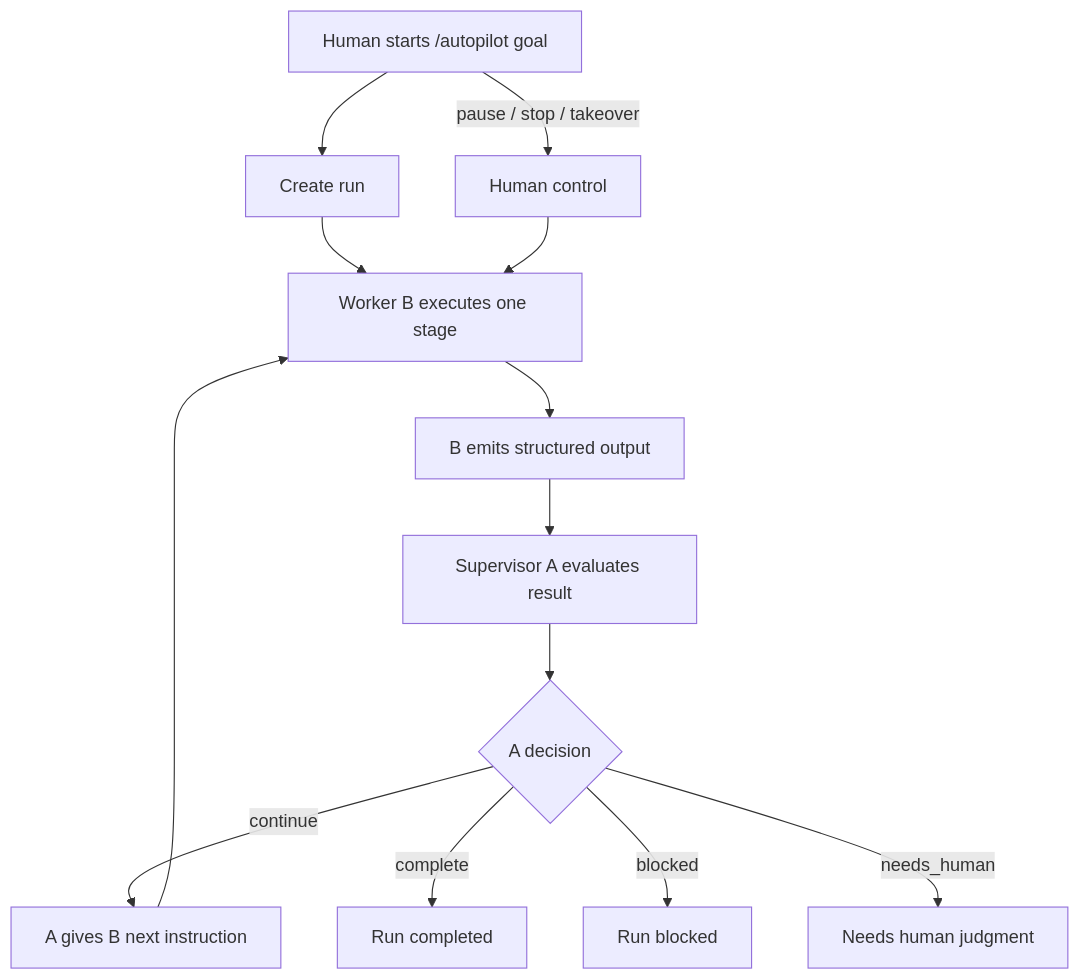
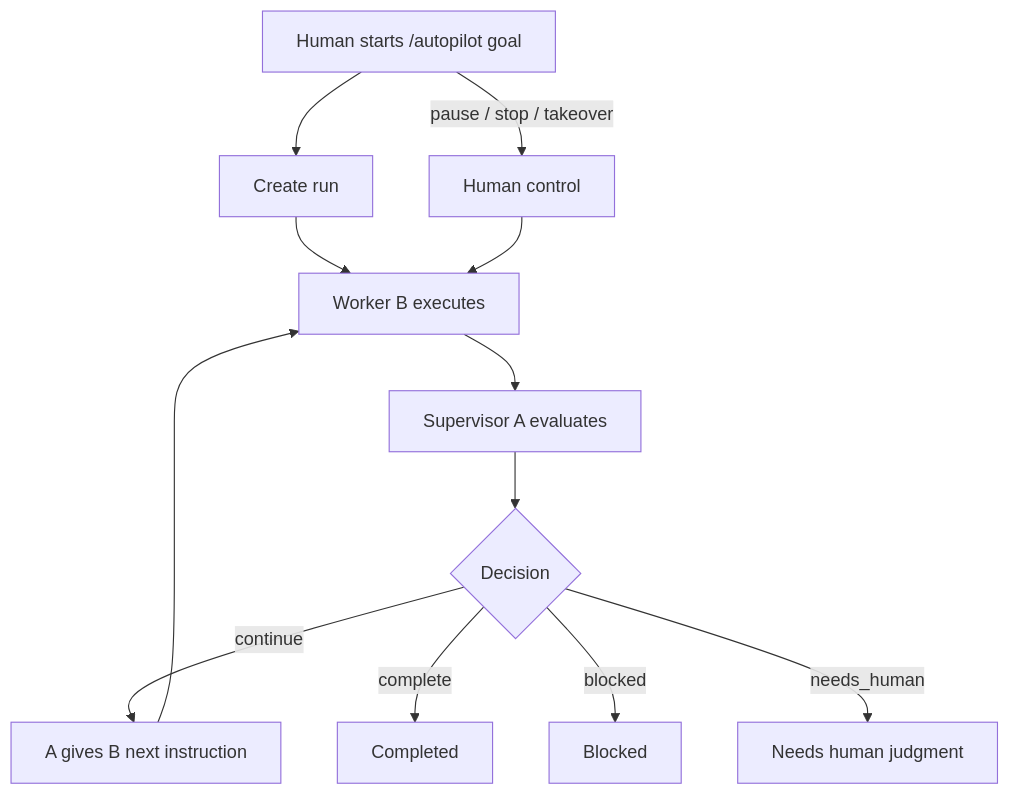
Before and after one commit to Re13orn/openfish: the first of 2 diagrams in README.md, drawn with Mermaid. The commit also changed other lines of this file and 1 other file, not shown here.

````diff
--- a/README.md
+++ b/README.md
@@ -155,18 +134,17 @@
 ```mermaid
 flowchart TD
     H[Human starts /autopilot goal] --> R[Create run]
-    R --> W[Worker B executes one stage]
-    W --> BO[B emits structured output]
-    BO --> A[Supervisor A evaluates result]
-    A --> D{A decision}
+    R --> W[Worker B executes]
+    W --> A[Supervisor A evaluates]
+    A --> D{Decision}
 
     D -->|continue| N[A gives B next instruction]
     N --> W
 
-    D -->|complete| C[Run completed]
-    D -->|blocked| B[Run blocked]
+    D -->|complete| C[Completed]
+    D -->|blocked| B[Blocked]
     D -->|needs_human| U[Needs human judgment]
 
     H -->|pause / stop / takeover| CTRL[Human control]
     CTRL --> W
 ```
````
